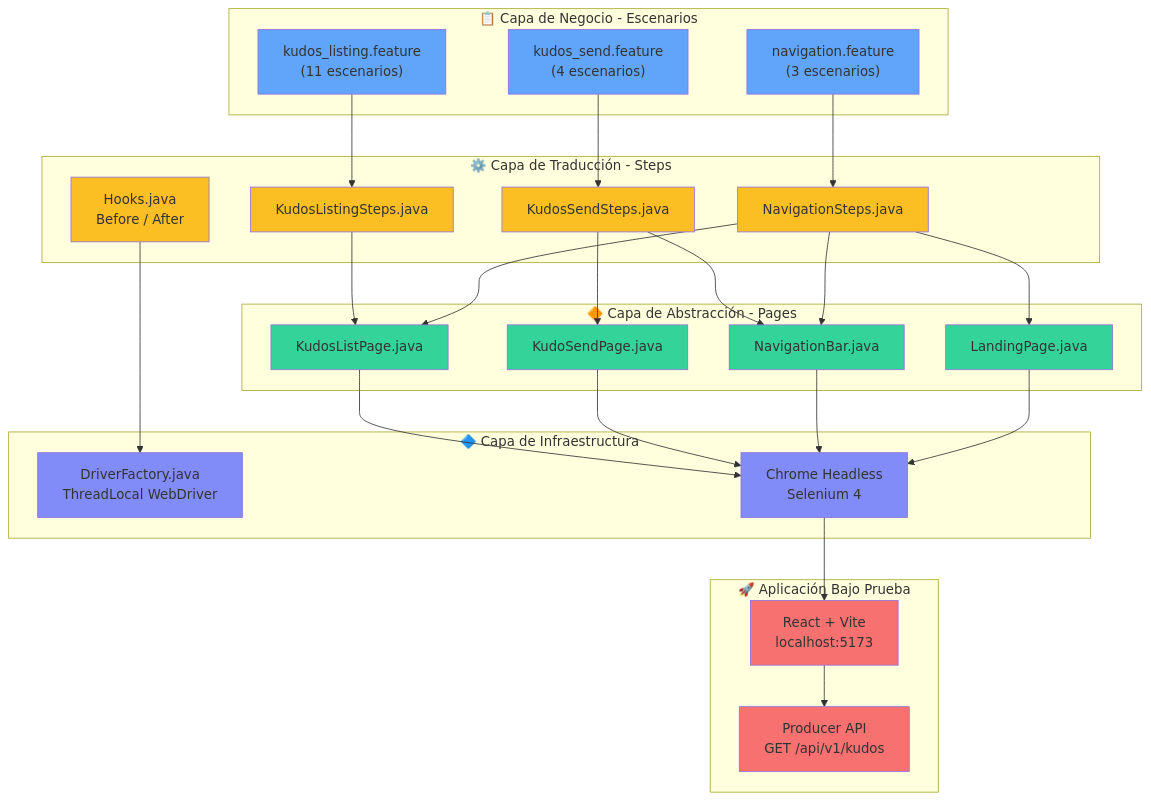
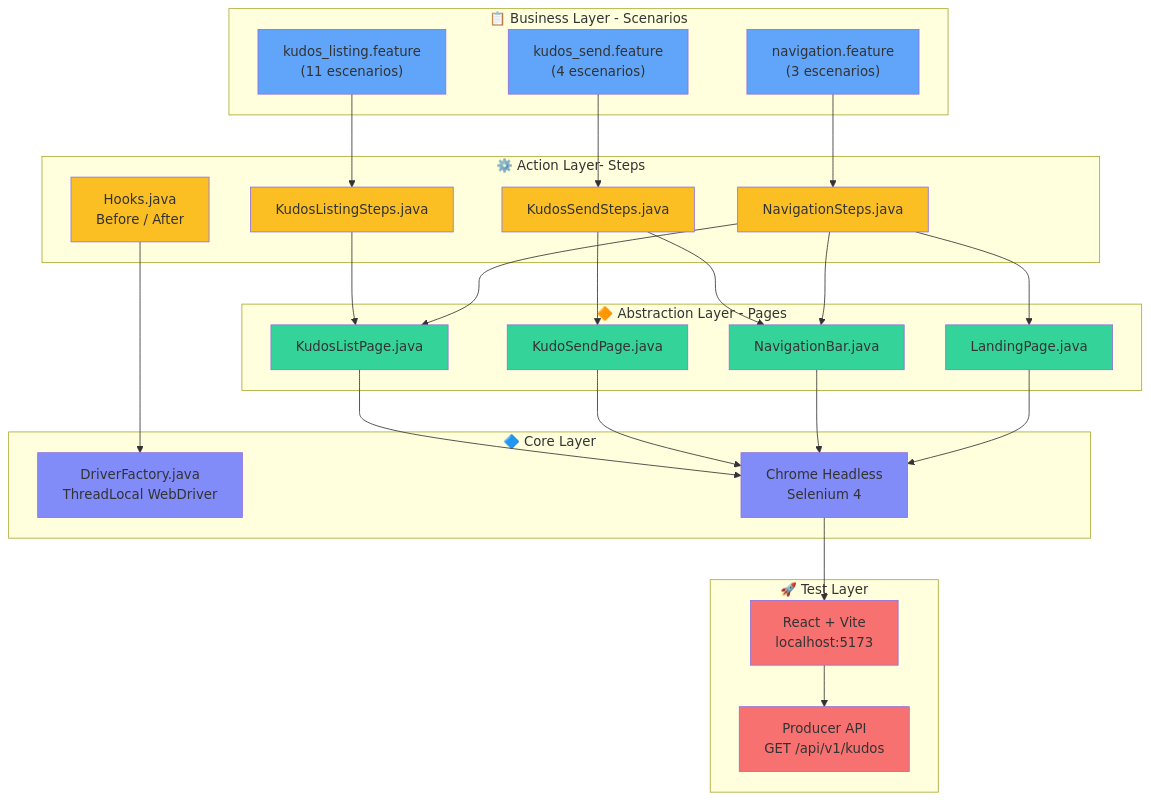
The diagram in README.md (majoymajo/AUTO_FRONT_POM_FACTORY), drawn with Mermaid before and after one commit. The commit also changed 4 other files, not shown here.

Commit message:
feat: Add 'Send Kudo' functionality with new Page Object and step definitions, introduce a WebDriver factory and test constants, and update README diagram terminology.

````diff
--- a/README.md
+++ b/README.md
@@ -24,62 +24,62 @@
 ```mermaid
 graph TD
-    subgraph Features["📋 Capa de Negocio - Escenarios"]
+    subgraph Features["📋 Business Layer - Scenarios"]
 
         F1["kudos_listing.feature<br/>(11 escenarios)"]
         F2["kudos_send.feature<br/>(4 escenarios)"]
         F3["navigation.feature<br/>(3 escenarios)"]
     end
 
-    subgraph StepDefs["⚙️ Capa de Traducción - Steps"]
+    subgraph StepDefs["⚙️ Action Layer- Steps"]
 
         S1["KudosListingSteps.java"]
         S2["KudosSendSteps.java"]
         S3["NavigationSteps.java"]
         S4["Hooks.java<br/>Before / After"]
     end
 
-    subgraph PageObj["🔶 Capa de Abstracción - Pages"]
+    subgraph PageObj["🔶 Abstraction Layer - Pages"]
 
         P1["KudosListPage.java"]
         P2["KudoSendPage.java"]
         P3["NavigationBar.java"]
         P4["LandingPage.java"]
     end
 
-    subgraph Infra["🔷 Capa de Infraestructura"]
+    subgraph Infra["🔷 Core Layer"]
     
         D["DriverFactory.java<br/>ThreadLocal WebDriver"]
         B["Chrome Headless<br/>Selenium 4"]
     end
 
-    subgraph App["🚀 Aplicación Bajo Prueba"]
+    subgraph App["🚀 Test Layer"]
         WEB["React + Vite<br/>localhost:5173"]
         API["Producer API<br/>GET /api/v1/kudos"]
     end
 
     F1 --> S1
     F2 --> S2
     F3 --> S3
     S1 --> P1
     S2 --> P2 & P3
     S3 --> P1 & P3 & P4
     S4 --> D
     P1 & P2 & P3 & P4 --> B
     B --> WEB --> API
 
     style F1 fill:#60a5fa
     style F2 fill:#60a5fa
     style F3 fill:#60a5fa
     style S1 fill:#fbbf24
     style S2 fill:#fbbf24
     style S3 fill:#fbbf24
     style S4 fill:#fbbf24
     style P1 fill:#34d399
     style P2 fill:#34d399
     style P3 fill:#34d399
     style P4 fill:#34d399
     style D fill:#818cf8
     style B fill:#818cf8
     style WEB fill:#f87171
     style API fill:#f87171
 ```
````
